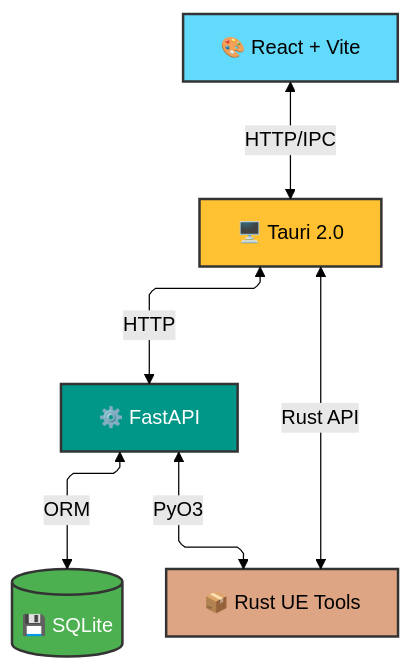
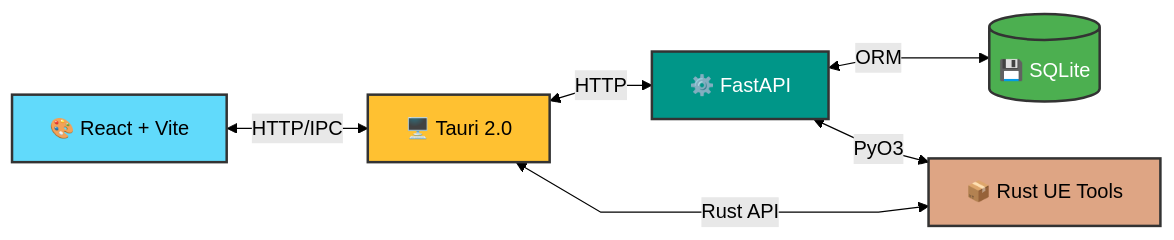
The diagram in README.md (RayeGreene/MyMODMngr), drawn with Mermaid (forest theme) before and after one commit.

Commit message:
docs: improve README formatting and update diagram syntax

````diff
--- a/README.md
+++ b/README.md
@@ -109,35 +109,35 @@
 ```mermaid
 %%{init: {
   "flowchart": {
     "curve": "linear",
     "nodeSpacing": 40,
     "rankSpacing": 40
   }
 }}%%
-flowchart-elk
+flowchart LR
     FE["🎨 React + Vite"]
     Tauri["🖥️ Tauri 2.0"]
     API["⚙️ FastAPI"]
     DB[("💾 SQLite")]
     RustUE["📦 Rust UE Tools"]
 
     FE <-->|HTTP/IPC| Tauri
     Tauri <-->|HTTP| API
     API <-->|ORM| DB
     API <-->|PyO3| RustUE
     Tauri <-->|Rust API| RustUE
 
     classDef frontend fill:#61dafb,stroke:#333,stroke-width:2px,color:#000
     classDef desktop fill:#ffc131,stroke:#333,stroke-width:2px,color:#000
     classDef backend fill:#009688,stroke:#333,stroke-width:2px,color:#fff
     classDef shared fill:#dea584,stroke:#333,stroke-width:2px,color:#000
     classDef data fill:#4caf50,stroke:#333,stroke-width:2px,color:#fff
 
     class FE frontend
     class Tauri desktop
     class API backend
     class RustUE shared
     class DB data
 
 
 ```
````
